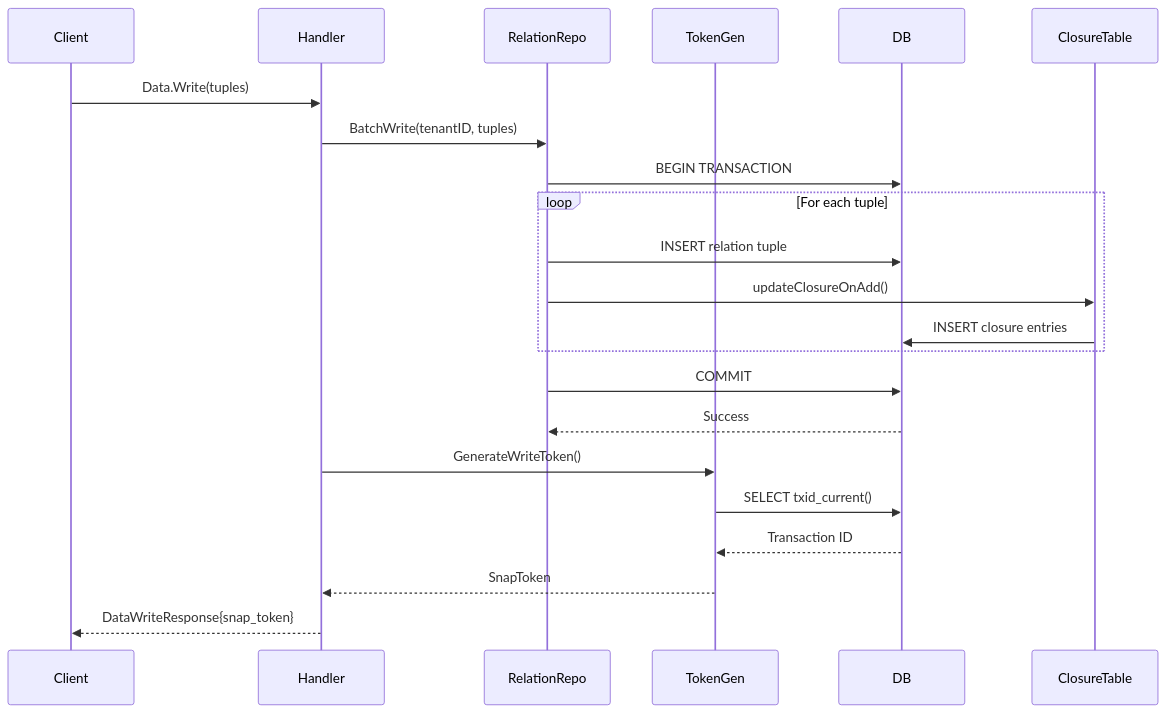
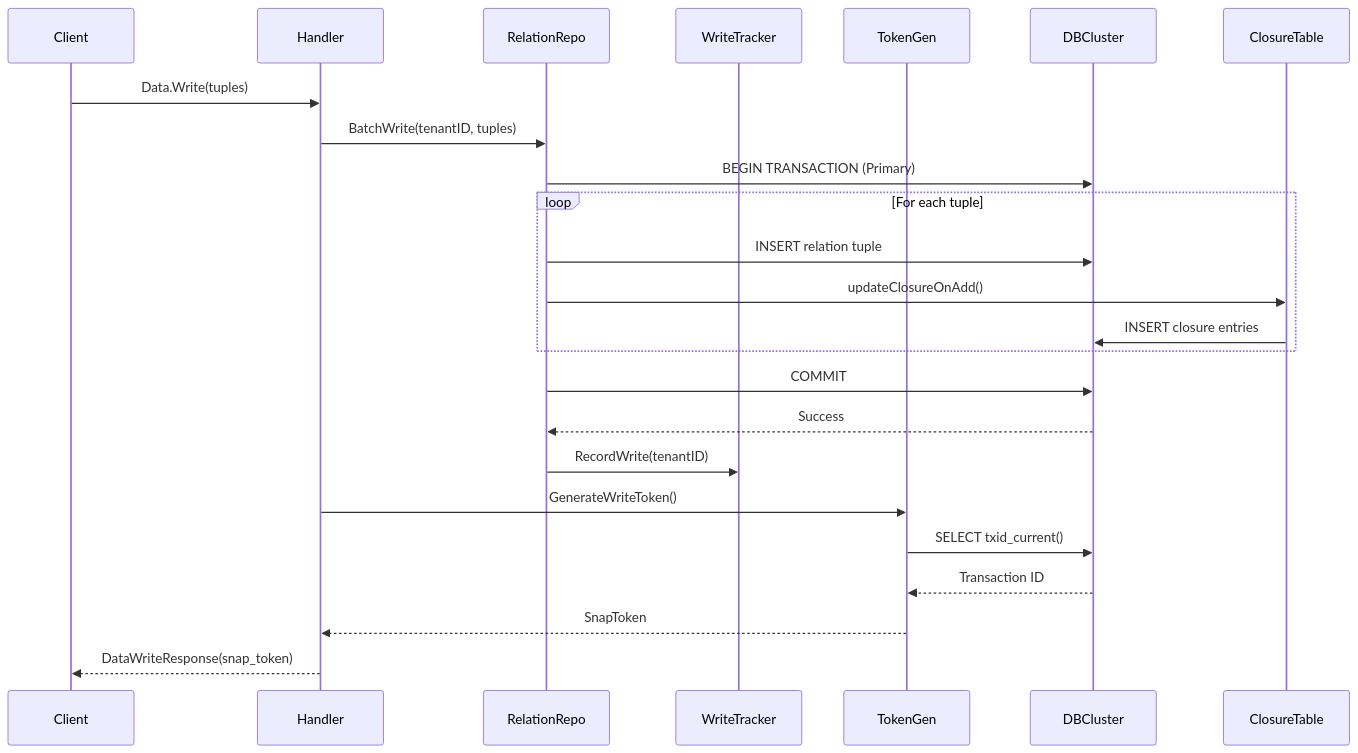
The ninth of 15 diagrams in docs/ARCHITECTURE.md (asakaida/keruberosu), drawn with Mermaid before and after one commit. The commit also changed other lines of this file and 3 other files, not shown here.

````diff
--- a/docs/ARCHITECTURE.md
+++ b/docs/ARCHITECTURE.md
@@ -470,25 +500,27 @@
 ```mermaid
 sequenceDiagram
     participant Client
     participant Handler
     participant RelationRepo
+    participant WriteTracker
     participant TokenGen
-    participant DB
+    participant DBCluster
     participant ClosureTable
 
     Client->>Handler: Data.Write(tuples)
     Handler->>RelationRepo: BatchWrite(tenantID, tuples)
-    RelationRepo->>DB: BEGIN TRANSACTION
+    RelationRepo->>DBCluster: BEGIN TRANSACTION (Primary)
     loop For each tuple
-        RelationRepo->>DB: INSERT relation tuple
+        RelationRepo->>DBCluster: INSERT relation tuple
         RelationRepo->>ClosureTable: updateClosureOnAdd()
-        ClosureTable->>DB: INSERT closure entries
+        ClosureTable->>DBCluster: INSERT closure entries
     end
-    RelationRepo->>DB: COMMIT
-    DB-->>RelationRepo: Success
+    RelationRepo->>DBCluster: COMMIT
+    DBCluster-->>RelationRepo: Success
+    RelationRepo->>WriteTracker: RecordWrite(tenantID)
     Handler->>TokenGen: GenerateWriteToken()
-    TokenGen->>DB: SELECT txid_current()
-    DB-->>TokenGen: Transaction ID
+    TokenGen->>DBCluster: SELECT txid_current()
+    DBCluster-->>TokenGen: Transaction ID
     TokenGen-->>Handler: SnapToken
-    Handler-->>Client: DataWriteResponse{snap_token}
+    Handler-->>Client: DataWriteResponse(snap_token)
 ```
````
